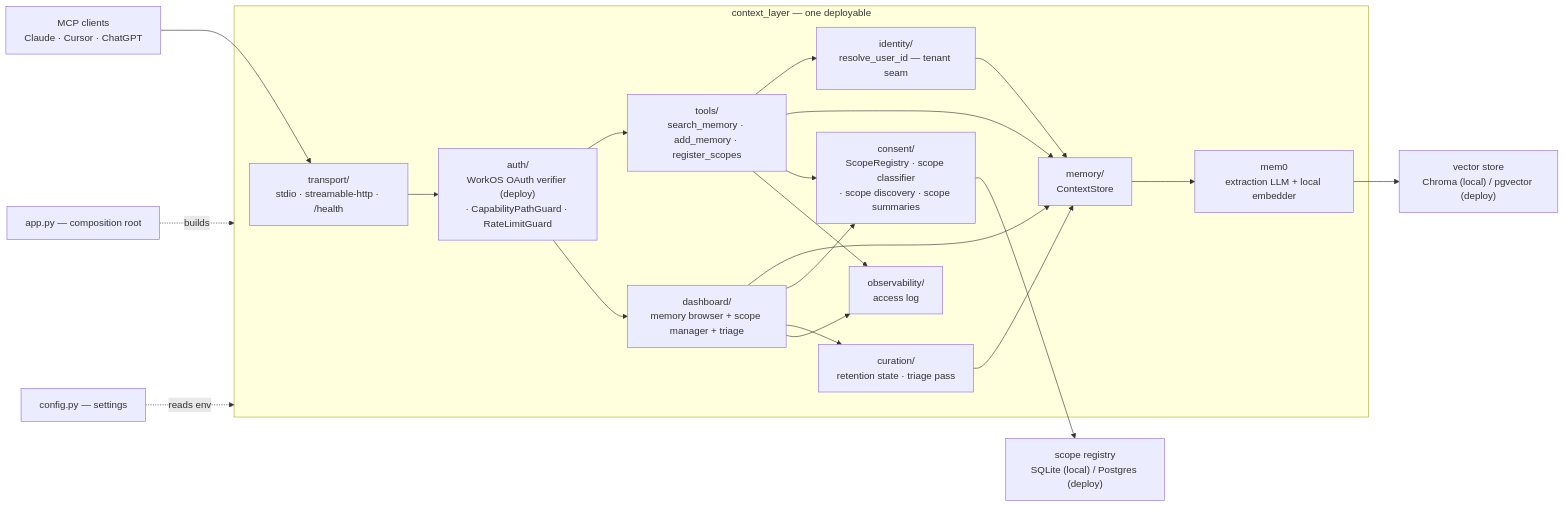
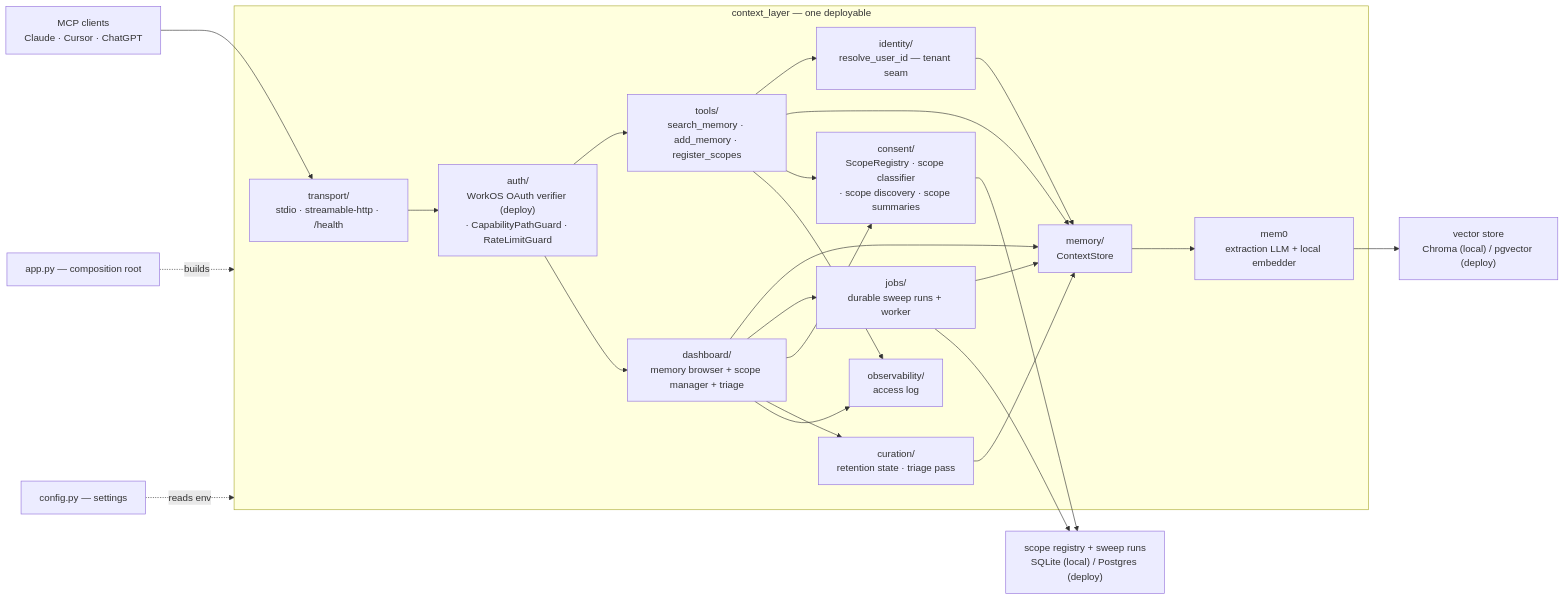
Before and after one commit to wanyuenmei/personal_mem: the diagram in ARCHITECTURE.md, drawn with Mermaid. The commit also changed other lines of this file and 16 other files, not shown here.

````diff
--- a/ARCHITECTURE.md
+++ b/ARCHITECTURE.md
@@ -9,26 +9,29 @@
 ```mermaid
 flowchart LR
   clients["MCP clients<br/>Claude · Cursor · ChatGPT"] --> transport
 
   subgraph app["context_layer — one deployable"]
     transport["transport/<br/>stdio · streamable-http · /health"] --> guards
     guards["auth/<br/>WorkOS OAuth verifier (deploy)<br/>· CapabilityPathGuard · RateLimitGuard"] --> tools
     guards --> dash
     tools["tools/<br/>search_memory · add_memory · register_scopes"] --> identity
     tools --> store
     tools --> consent["consent/<br/>ScopeRegistry · scope classifier<br/>· scope discovery · scope summaries"]
     tools --> obs["observability/<br/>access log"]
     dash["dashboard/<br/>memory browser + scope manager + triage"] --> store
+    dash --> jobs["jobs/<br/>durable sweep runs + worker"]
+    jobs --> store
     dash --> consent
     dash --> curation["curation/<br/>retention state · triage pass"]
     dash --> obs
     curation --> store
     identity["identity/<br/>resolve_user_id — tenant seam"] --> store
     store["memory/<br/>ContextStore"] --> mem0["mem0<br/>extraction LLM + local embedder"]
   end
 
   mem0 --> vs["vector store<br/>Chroma (local) / pgvector (deploy)"]
-  consent --> regdb["scope registry<br/>SQLite (local) / Postgres (deploy)"]
+  consent --> regdb["scope registry + sweep runs<br/>SQLite (local) / Postgres (deploy)"]
+  jobs --> regdb
   app_py["app.py — composition root"] -.builds.-> app
   config["config.py — settings"] -.reads env.-> app
 ```
````
